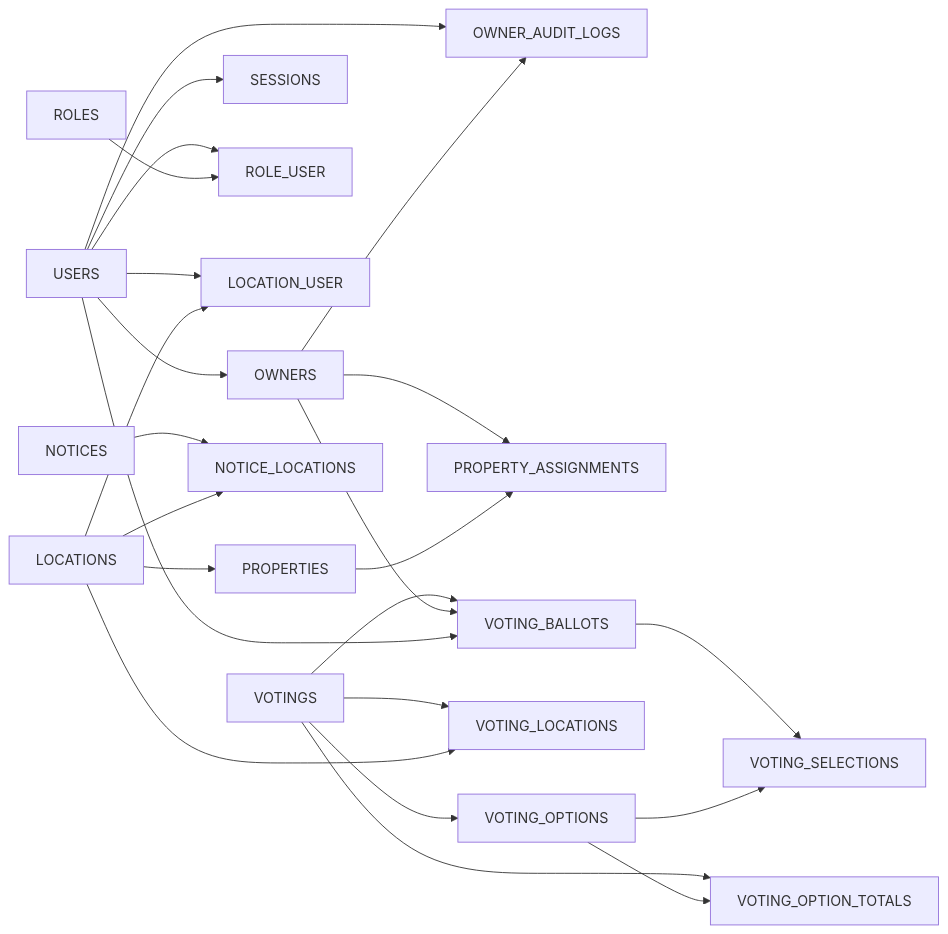
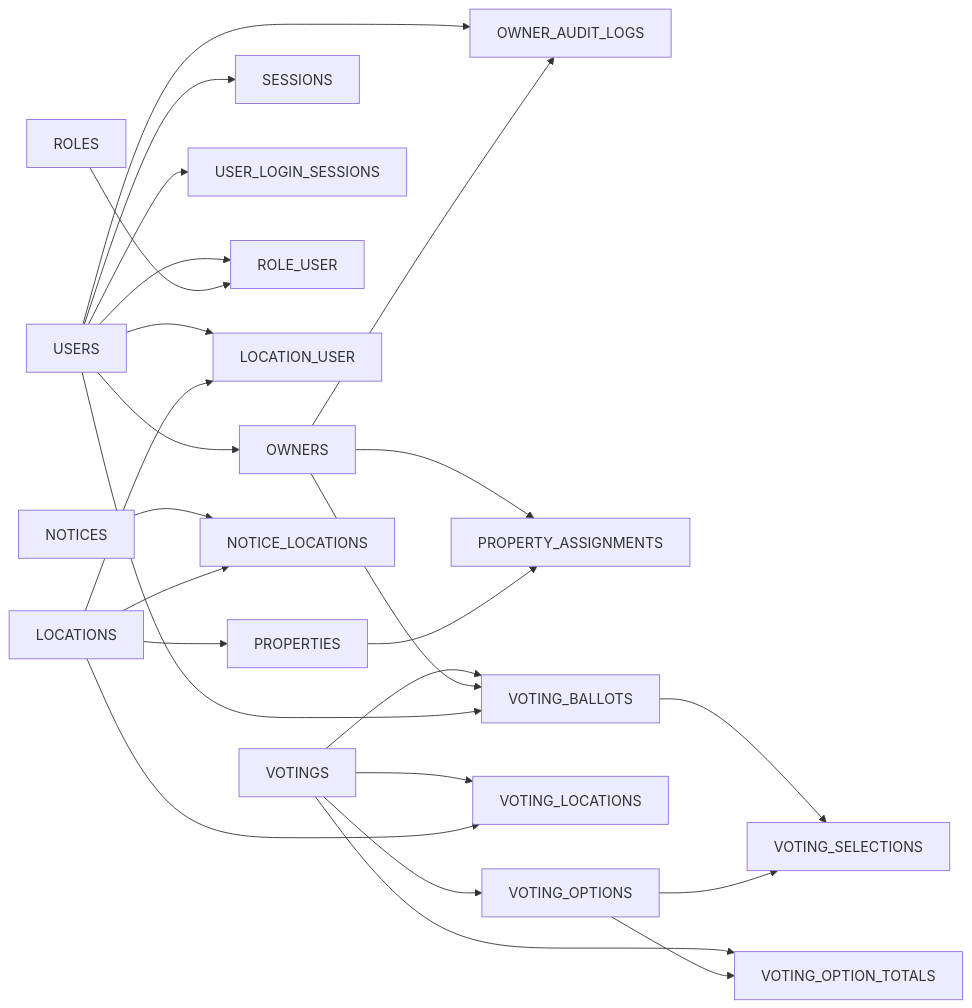
The first of 4 diagrams in .github/skills/database-schema-mermaid/SKILL.md (amaiagalvez/madaia33), drawn with Mermaid before and after one commit. The commit also changed other lines of this file and 20 other files, not shown here.

````diff
--- a/.github/skills/database-schema-mermaid/SKILL.md
+++ b/.github/skills/database-schema-mermaid/SKILL.md
@@ -34,26 +34,27 @@
 ```mermaid
 flowchart LR
     USERS --> OWNERS
     USERS --> SESSIONS
+    USERS --> USER_LOGIN_SESSIONS
     USERS --> OWNER_AUDIT_LOGS
     USERS --> ROLE_USER
     ROLES --> ROLE_USER
     USERS --> LOCATION_USER
     LOCATIONS --> LOCATION_USER
     OWNERS --> PROPERTY_ASSIGNMENTS
     OWNERS --> OWNER_AUDIT_LOGS
     LOCATIONS --> PROPERTIES
     PROPERTIES --> PROPERTY_ASSIGNMENTS
     NOTICES --> NOTICE_LOCATIONS
     LOCATIONS --> NOTICE_LOCATIONS
     VOTINGS --> VOTING_OPTIONS
     VOTINGS --> VOTING_LOCATIONS
     LOCATIONS --> VOTING_LOCATIONS
     VOTINGS --> VOTING_BALLOTS
     OWNERS --> VOTING_BALLOTS
     USERS --> VOTING_BALLOTS
     VOTING_BALLOTS --> VOTING_SELECTIONS
     VOTING_OPTIONS --> VOTING_SELECTIONS
     VOTINGS --> VOTING_OPTION_TOTALS
     VOTING_OPTIONS --> VOTING_OPTION_TOTALS
 ```
````
